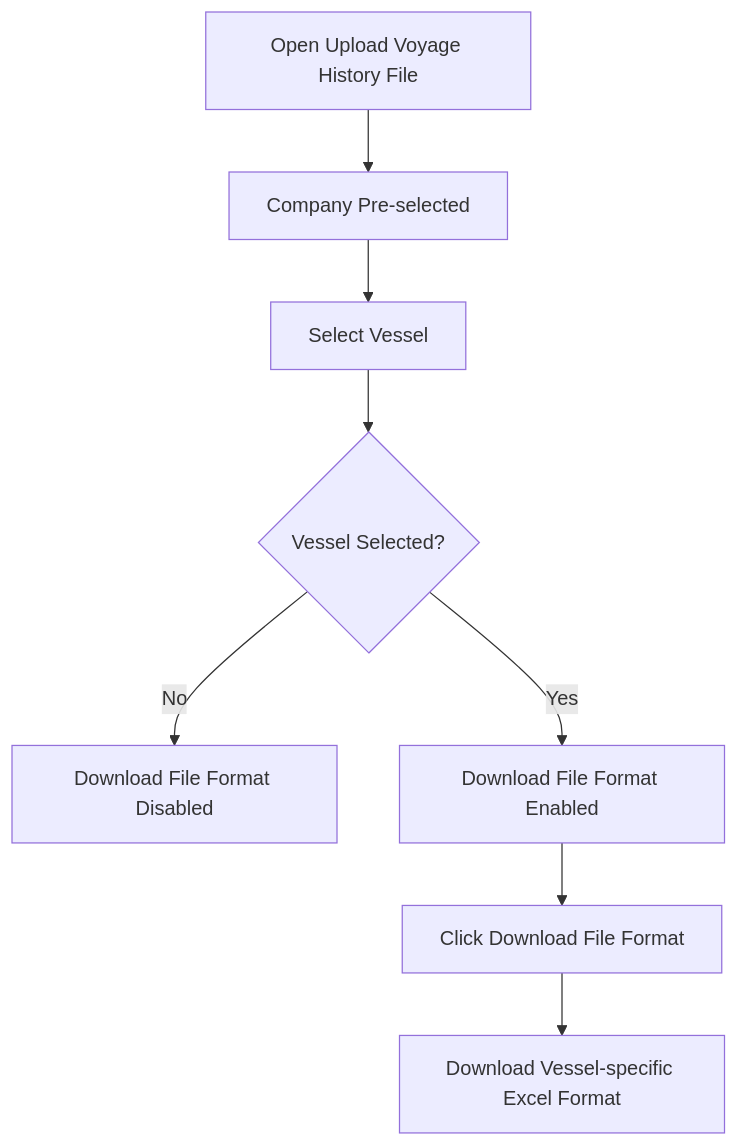
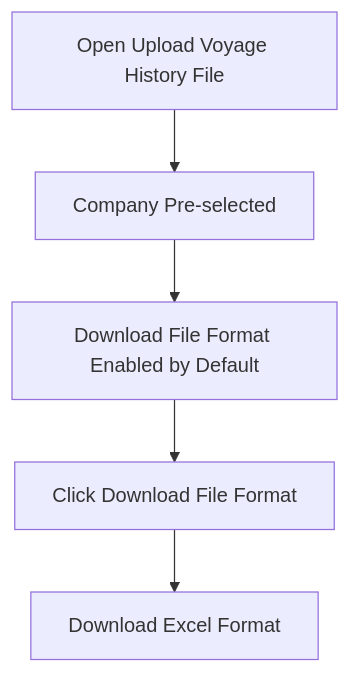
Before and after one commit to EdwinDza23/Nautilux-August: the first of 3 diagrams in voyage history.md, drawn with Mermaid. The commit also changed other lines of this file and 2 other files, not shown here.

````diff
--- a/voyage history.md
+++ b/voyage history.md
@@ -522,10 +520,7 @@
 ```mermaid
 flowchart TD
     A[Open Upload Voyage History File] --> B[Company Pre-selected]
-    B --> C[Select Vessel]
-    C --> D{Vessel Selected?}
-    D -->|No| E[Download File Format Disabled]
-    D -->|Yes| F[Download File Format Enabled]
-    F --> G[Click Download File Format]
-    G --> H[Download Vessel-specific Excel Format]
+    B --> C[Download File Format Enabled by Default]
+    C --> D[Click Download File Format]
+    D --> E[Download Excel Format]
 ```
````
